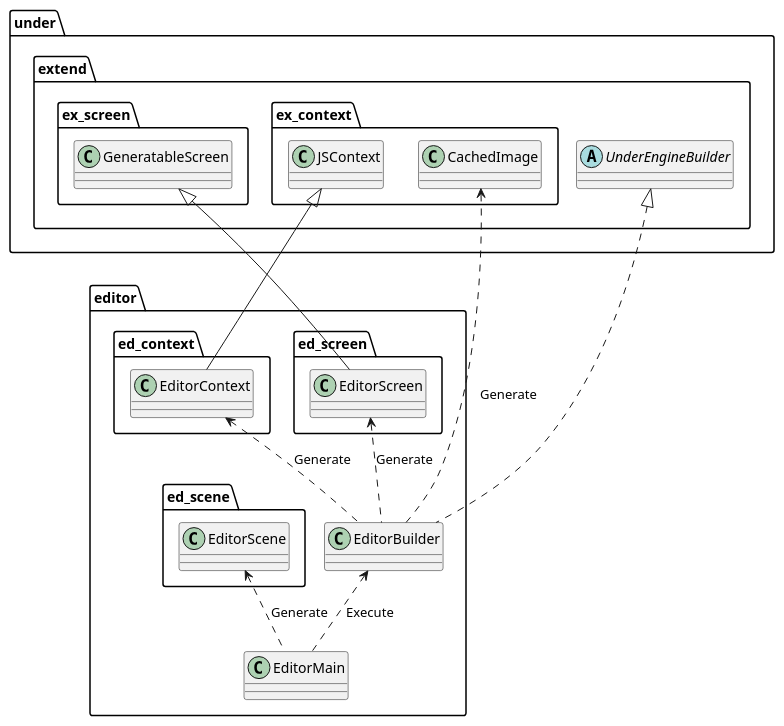
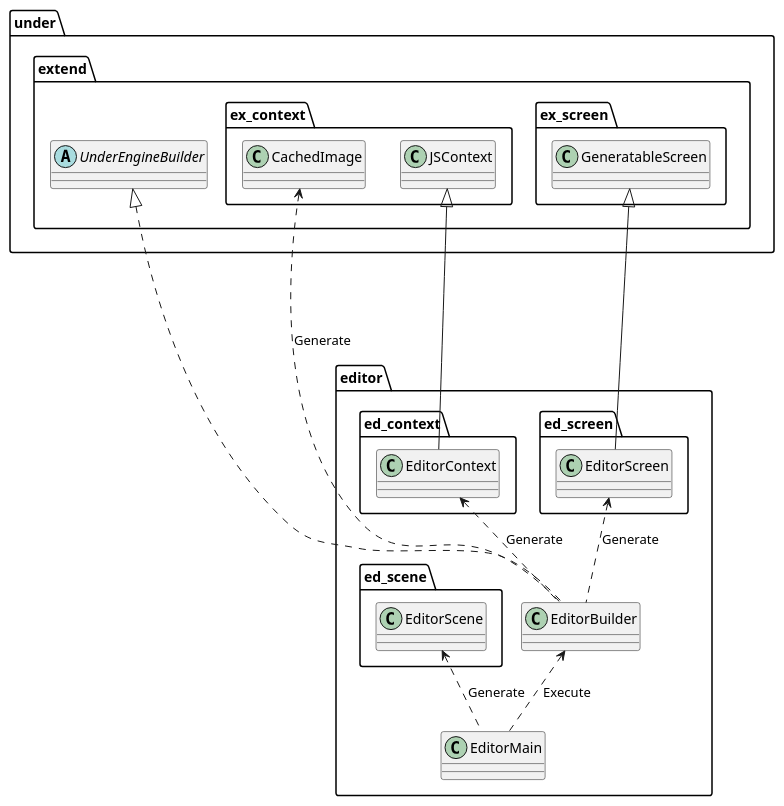
Before and after one commit to Expine/Under: the diagram in uml/editor/GameBase.wsd, drawn with PlantUML. The commit also changed 28 other files, not shown here.

```diff
--- a/uml/editor/GameBase.wsd
+++ b/uml/editor/GameBase.wsd
@@ -1,45 +1,45 @@
 @startuml EditorGameBase
 
 package editor {
     class EditorMain
     class EditorBuilder
 
     package ed_context {
         class EditorContext
     }
 
     package ed_screen {
         class EditorScreen
     }
 }
 
 package under {
     package extend {
         abstract UnderEngineBuilder
         package ex_context {
             class JSContext
             class CachedImage
         }
         package ex_screen {
             class GeneratableScreen
         }
     }
 }
 
 package editor {
     package ed_scene {
         class EditorScene
     }
 }
 
 EditorBuilder <.. EditorMain : "Execute"
 EditorScene <.. EditorMain : "Generate"
 EditorScreen <.. EditorBuilder : "Generate"
 EditorContext <.. EditorBuilder : "Generate"
 CachedImage <.. EditorBuilder : "Generate"
 
-UnderEngineBuilder <|.. EditorBuilder
-GeneratableScreen <|-- EditorScreen
+UnderEngineBuilder <|... EditorBuilder
 JSContext <|-- EditorContext
+GeneratableScreen <|--- EditorScreen
 
 @enduml
```
